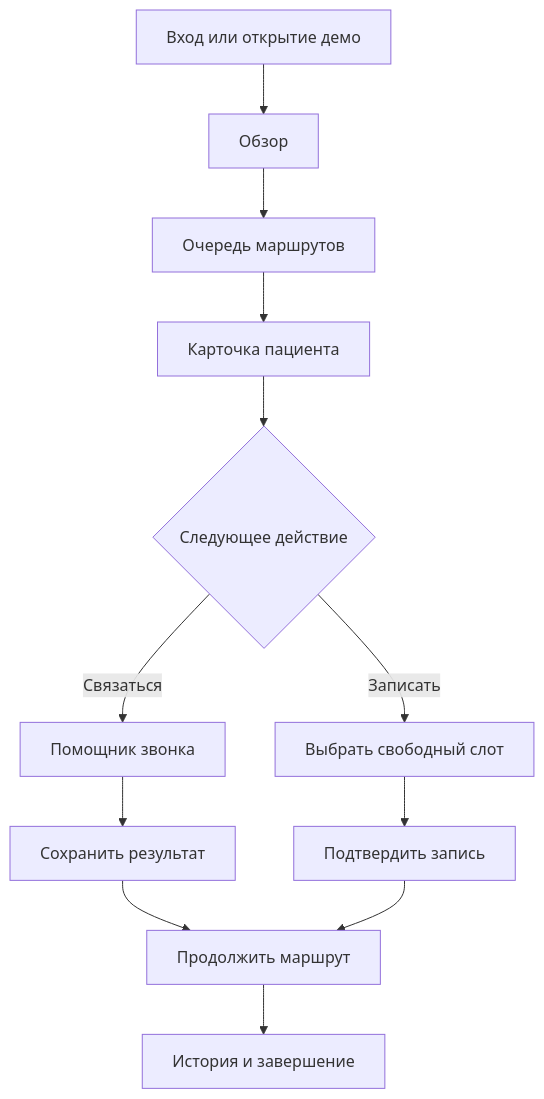
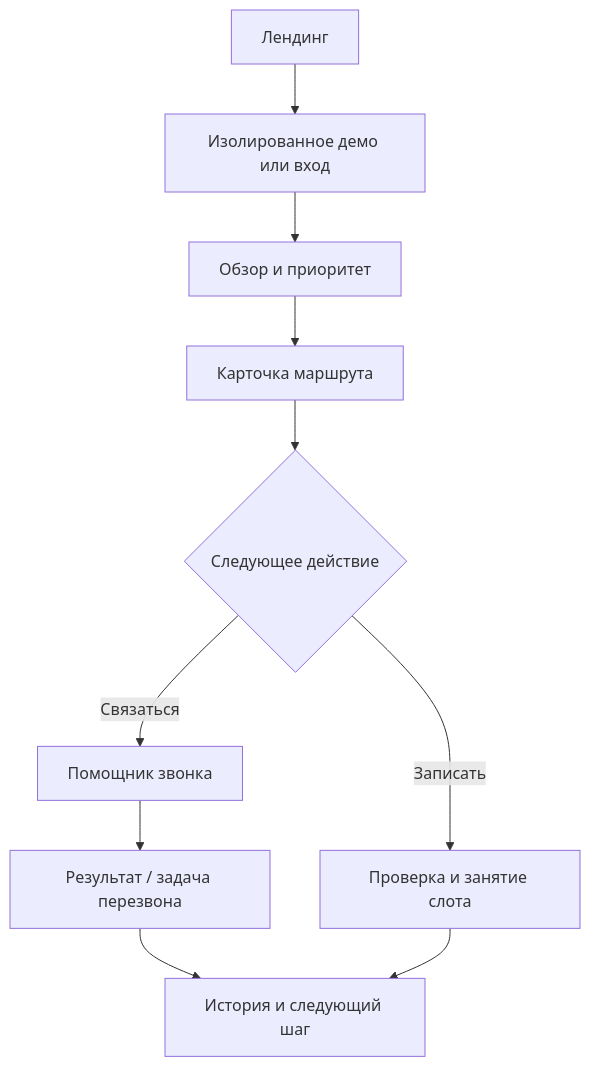
Before and after one commit to vladislav999xd-rgb/routeguard: the second of 2 diagrams in README.md, drawn with Mermaid. The commit also changed other lines of this file and 68 other files, not shown here.

````diff
--- a/README.md
+++ b/README.md
@@ -41,14 +37,12 @@
 ```mermaid
 flowchart TD
-    A[Вход или открытие демо] --> B[Обзор]
-    B --> C[Очередь маршрутов]
-    C --> D[Карточка пациента]
+    A[Лендинг] --> B[Изолированное демо или вход]
+    B --> C[Обзор и приоритет]
+    C --> D[Карточка маршрута]
     D --> E{Следующее действие}
     E -->|Связаться| F[Помощник звонка]
-    F --> G[Сохранить результат]
-    E -->|Записать| H[Выбрать свободный слот]
-    H --> I[Подтвердить запись]
-    G --> J[Продолжить маршрут]
-    I --> J
-    J --> K[История и завершение]
+    F --> G[Результат / задача перезвона]
+    E -->|Записать| H[Проверка и занятие слота]
+    G --> I[История и следующий шаг]
+    H --> I
 ```
````
